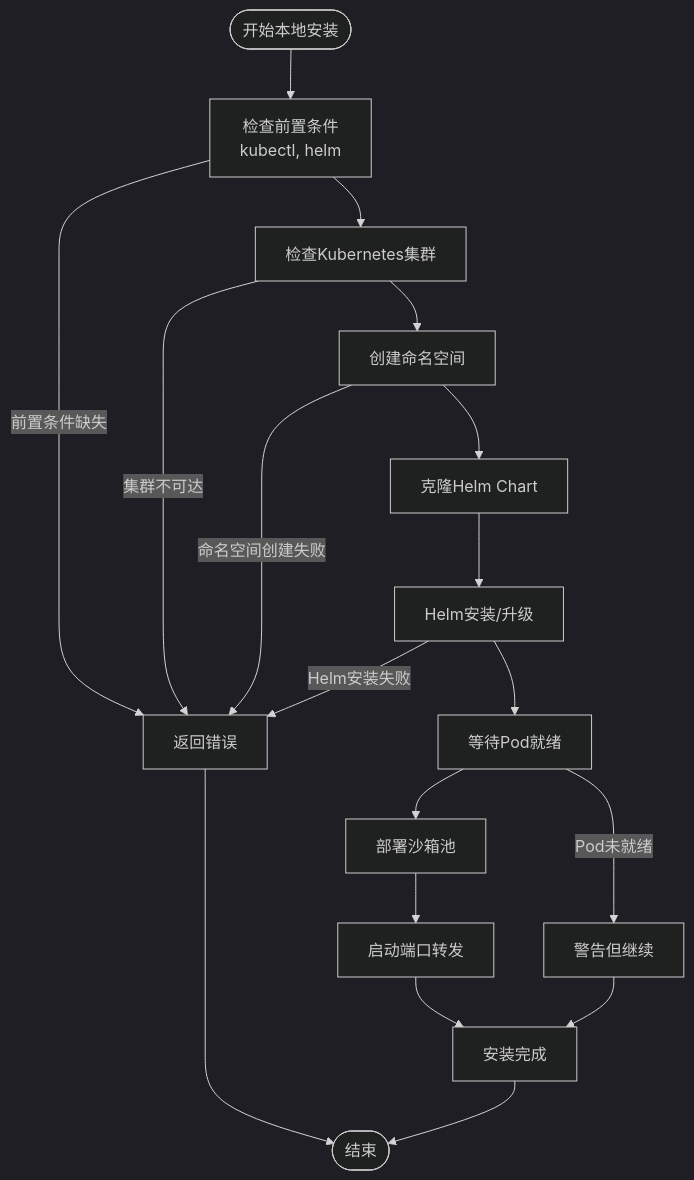
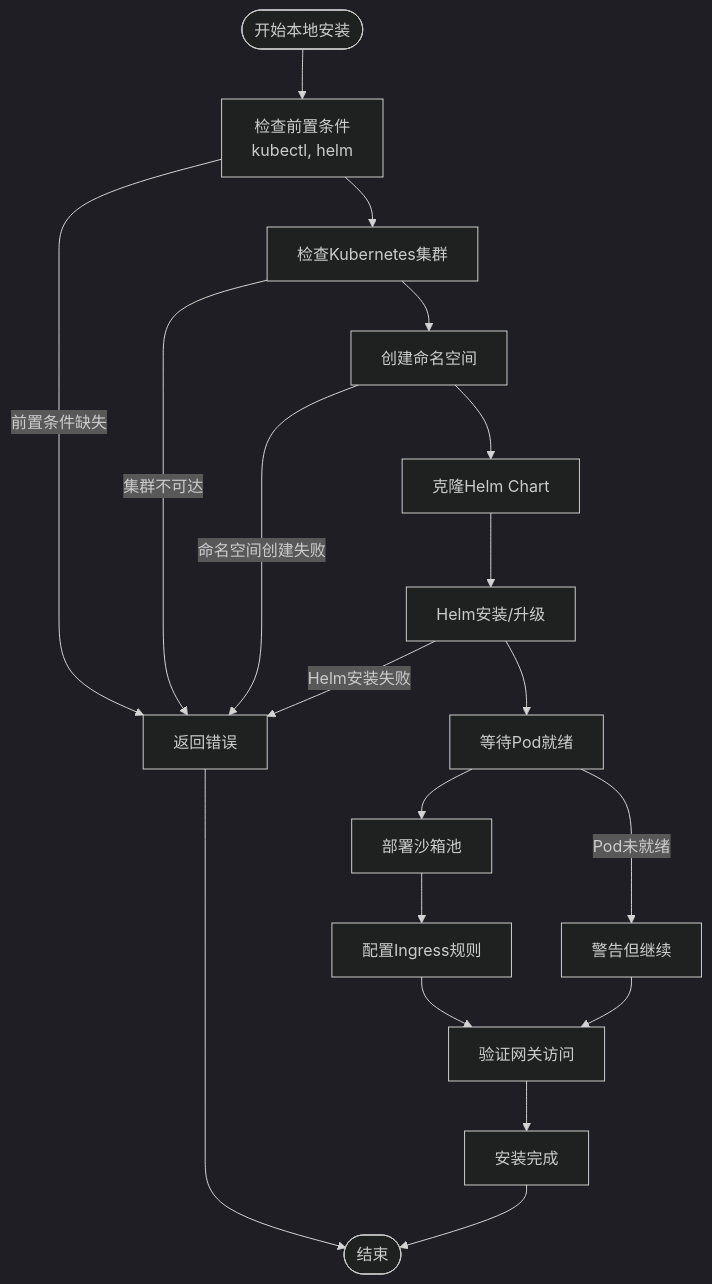
Before and after one commit to RabbitAI-Lab/Sandbox-Manager: the seventh of 10 diagrams in .qoder/repowiki/zh/content/数据模型与接口/API接口规范/REST API规范/系统设置API.md, drawn with Mermaid (dark theme). The commit also changed other lines of this file and 21 other files, not shown here.

````diff
--- a/.qoder/repowiki/zh/content/数据模型与接口/API接口规范/REST API规范/系统设置API.md
+++ b/.qoder/repowiki/zh/content/数据模型与接口/API接口规范/REST API规范/系统设置API.md
@@ -287,20 +299,21 @@
 ```mermaid
 flowchart TD
 Start([开始本地安装]) --> Prerequisites["检查前置条件<br/>kubectl, helm"]
 Prerequisites --> ClusterCheck["检查Kubernetes集群"]
 ClusterCheck --> CreateNS["创建命名空间"]
 CreateNS --> CloneChart["克隆Helm Chart"]
 CloneChart --> HelmInstall["Helm安装/升级"]
 HelmInstall --> WaitPods["等待Pod就绪"]
 WaitPods --> DeployPool["部署沙箱池"]
-DeployPool --> StartPortForward["启动端口转发"]
-StartPortForward --> Complete["安装完成"]
+DeployPool --> ConfigureIngress["配置Ingress规则"]
+ConfigureIngress --> VerifyAccess["验证网关访问"]
+VerifyAccess --> Complete["安装完成"]
 Prerequisites --> |前置条件缺失| Error["返回错误"]
 ClusterCheck --> |集群不可达| Error
 CreateNS --> |命名空间创建失败| Error
 HelmInstall --> |Helm安装失败| Error
 WaitPods --> |Pod未就绪| Warning["警告但继续"]
-Warning --> Complete
+Warning --> VerifyAccess
 Error --> End([结束])
 Complete --> End
 ```
````
